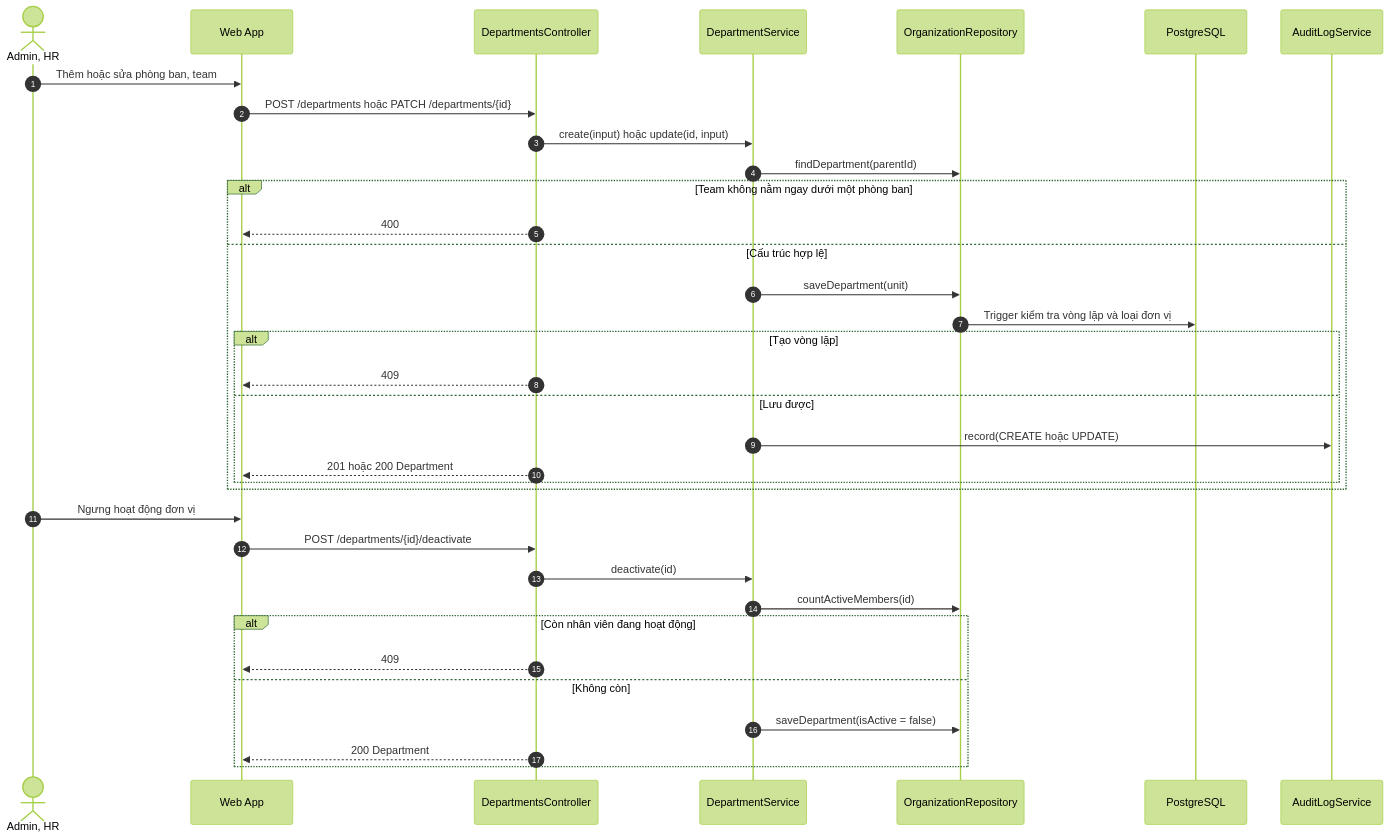
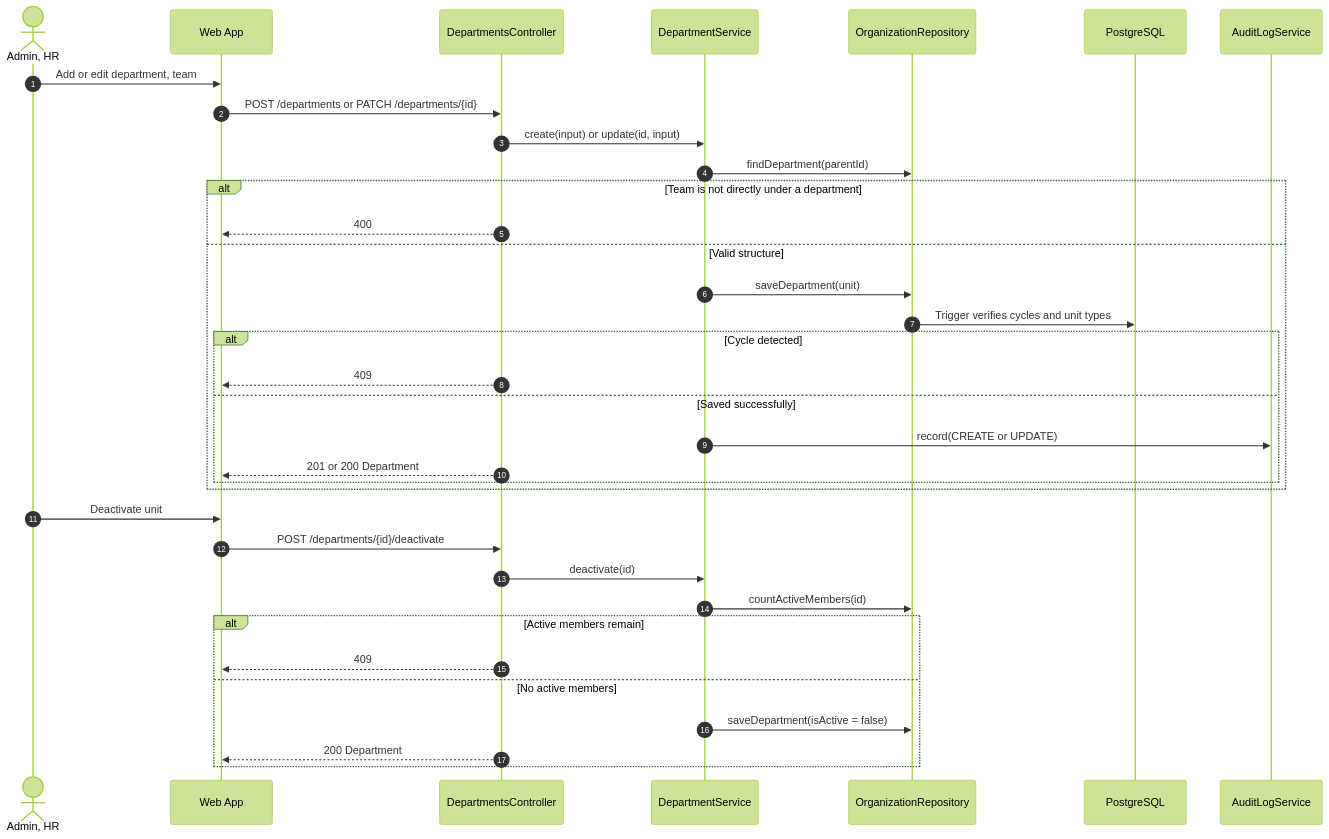
One commit to Akaza-ban/OCK-360 changed the fourth of 32 diagrams in docs/architecture/sequence-diagrams.md. Above: the diagram before and after it, drawn with Mermaid (forest theme). The commit also changed other lines of this file and 24 other files, not shown here.

````diff
--- a/docs/architecture/sequence-diagrams.md
+++ b/docs/architecture/sequence-diagrams.md
@@ -142,38 +142,38 @@
 ```mermaid
 sequenceDiagram
     autonumber
     actor A as Admin, HR
     participant W as Web App
     participant C as DepartmentsController
     participant S as DepartmentService
     participant R as OrganizationRepository
     participant DB as PostgreSQL
     participant L as AuditLogService
 
-    A->>W: Thêm hoặc sửa phòng ban, team
-    W->>C: POST /departments hoặc PATCH /departments/{id}
-    C->>S: create(input) hoặc update(id, input)
+    A->>W: Add or edit department, team
+    W->>C: POST /departments or PATCH /departments/{id}
+    C->>S: create(input) or update(id, input)
     S->>R: findDepartment(parentId)
-    alt Team không nằm ngay dưới một phòng ban
+    alt Team is not directly under a department
         C-->>W: 400
-    else Cấu trúc hợp lệ
+    else Valid structure
         S->>R: saveDepartment(unit)
-        R->>DB: Trigger kiểm tra vòng lặp và loại đơn vị
-        alt Tạo vòng lặp
+        R->>DB: Trigger verifies cycles and unit types
+        alt Cycle detected
             C-->>W: 409
-        else Lưu được
-            S->>L: record(CREATE hoặc UPDATE)
-            C-->>W: 201 hoặc 200 Department
+        else Saved successfully
+            S->>L: record(CREATE or UPDATE)
+            C-->>W: 201 or 200 Department
         end
     end
-    A->>W: Ngưng hoạt động đơn vị
+    A->>W: Deactivate unit
     W->>C: POST /departments/{id}/deactivate
     C->>S: deactivate(id)
     S->>R: countActiveMembers(id)
-    alt Còn nhân viên đang hoạt động
+    alt Active members remain
         C-->>W: 409
-    else Không còn
+    else No active members
         S->>R: saveDepartment(isActive = false)
         C-->>W: 200 Department
     end
 ```
````
